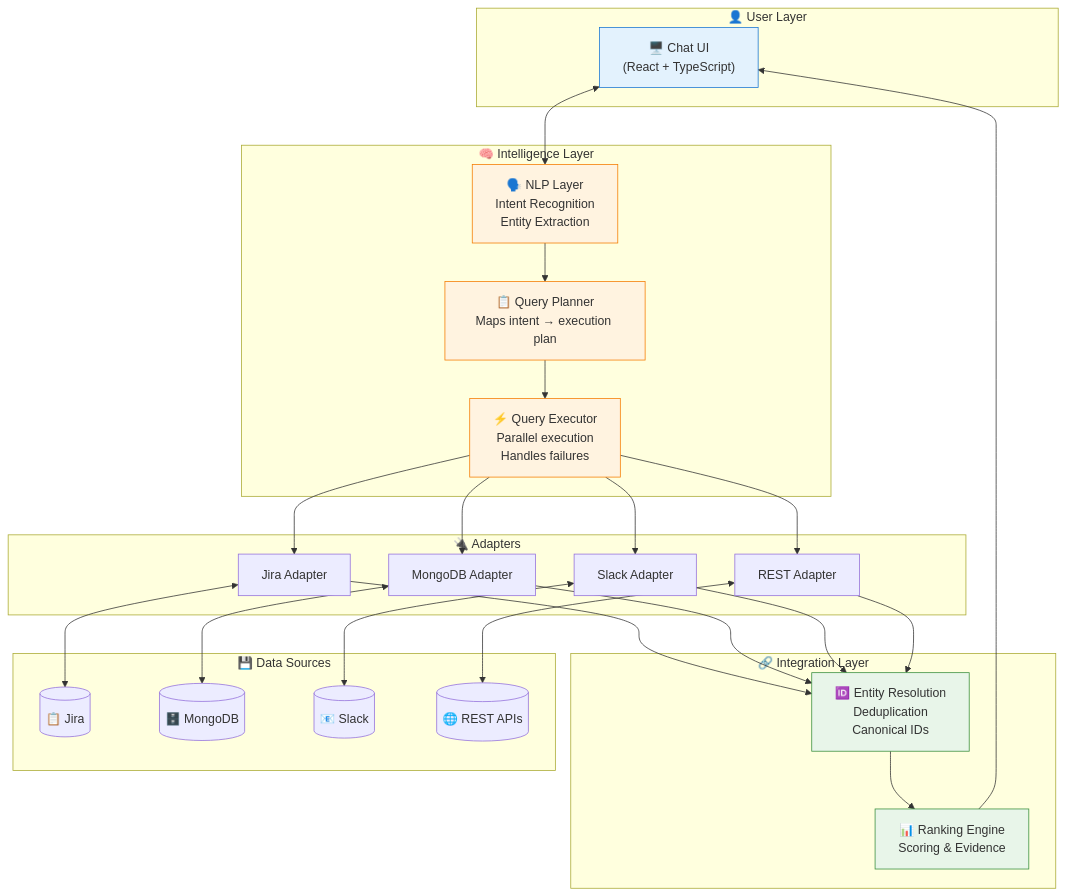
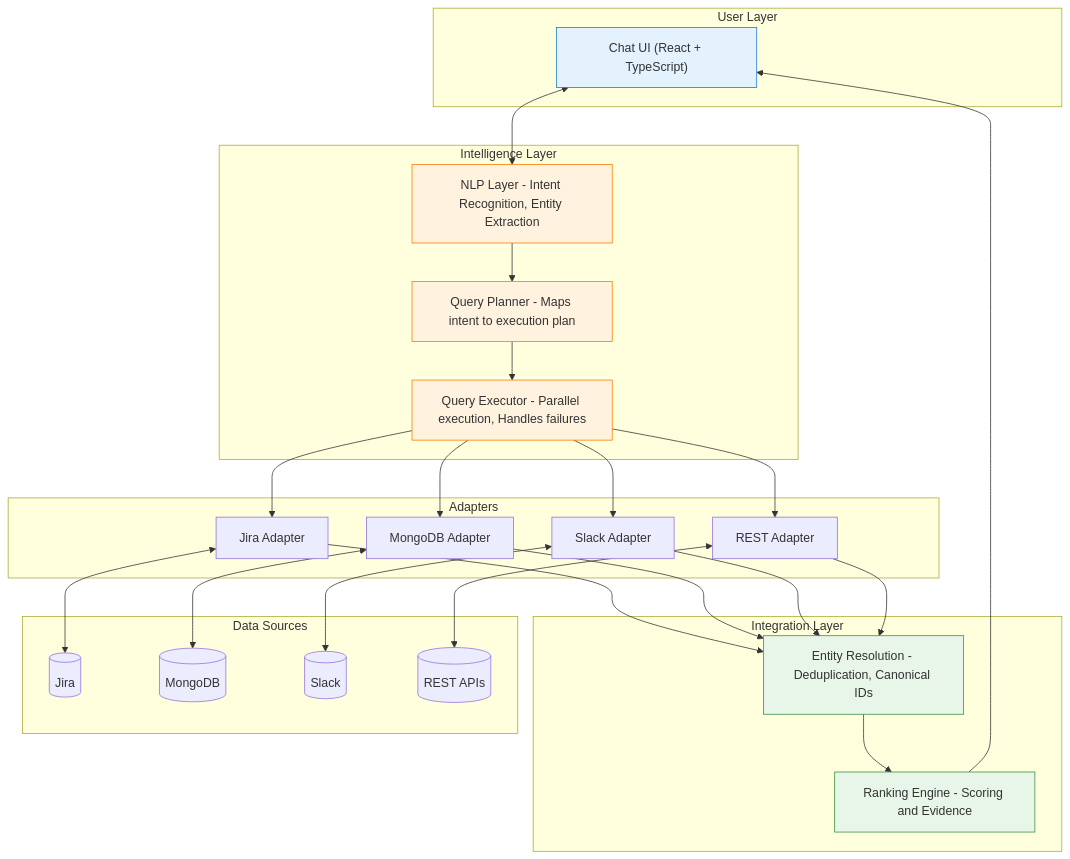
One commit to Arjun-Walia/MERIDIAN- changed the third of 10 diagrams in README.md. Above: the diagram before and after it, drawn with Mermaid. The commit also changed other lines of this file, not shown here.

````diff
--- a/README.md
+++ b/README.md
@@ -237,50 +150,50 @@
 ```mermaid
 flowchart TB
-    subgraph "👤 User Layer"
-        UI["🖥️ Chat UI<br/>(React + TypeScript)"]
+    subgraph "User Layer"
+        UI["Chat UI (React + TypeScript)"]
     end
     
-    subgraph "🧠 Intelligence Layer"
-        NLP["🗣️ NLP Layer<br/>Intent Recognition<br/>Entity Extraction"]
-        QP["📋 Query Planner<br/>Maps intent → execution plan"]
-        QE["⚡ Query Executor<br/>Parallel execution<br/>Handles failures"]
+    subgraph "Intelligence Layer"
+        NLP["NLP Layer - Intent Recognition, Entity Extraction"]
+        QP["Query Planner - Maps intent to execution plan"]
+        QE["Query Executor - Parallel execution, Handles failures"]
     end
     
-    subgraph "🔗 Integration Layer"
-        ER["🆔 Entity Resolution<br/>Deduplication<br/>Canonical IDs"]
-        RE["📊 Ranking Engine<br/>Scoring & Evidence"]
+    subgraph "Integration Layer"
+        ER["Entity Resolution - Deduplication, Canonical IDs"]
+        RE["Ranking Engine - Scoring and Evidence"]
     end
     
-    subgraph "🔌 Adapters"
+    subgraph "Adapters"
         AD1["Jira Adapter"]
         AD2["MongoDB Adapter"]
         AD3["Slack Adapter"]
         AD4["REST Adapter"]
     end
     
-    subgraph "💾 Data Sources"
-        DS1[("📋 Jira")]
-        DS2[("🗄️ MongoDB")]
-        DS3[("📧 Slack")]
-        DS4[("🌐 REST APIs")]
+    subgraph "Data Sources"
+        DS1[("Jira")]
+        DS2[("MongoDB")]
+        DS3[("Slack")]
+        DS4[("REST APIs")]
     end
     
     UI <--> NLP
     NLP --> QP
     QP --> QE
     QE --> AD1 & AD2 & AD3 & AD4
     AD1 <--> DS1
     AD2 <--> DS2
     AD3 <--> DS3
     AD4 <--> DS4
     AD1 & AD2 & AD3 & AD4 --> ER
     ER --> RE
     RE --> UI
     
     style UI fill:#e3f2fd,stroke:#1976d2
     style NLP fill:#fff3e0,stroke:#f57c00
     style QP fill:#fff3e0,stroke:#f57c00
     style QE fill:#fff3e0,stroke:#f57c00
     style ER fill:#e8f5e9,stroke:#388e3c
     style RE fill:#e8f5e9,stroke:#388e3c
 ```
````
